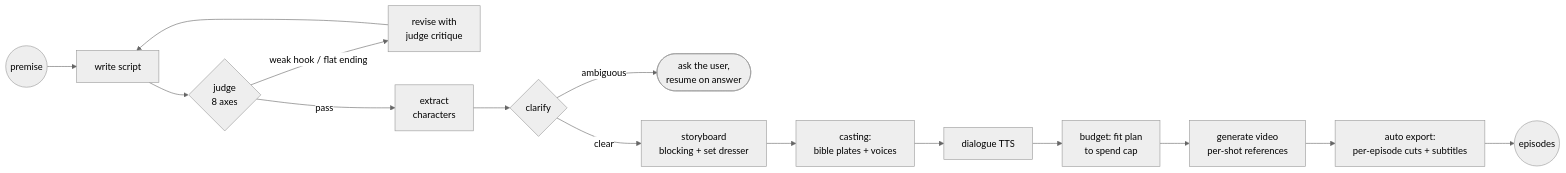
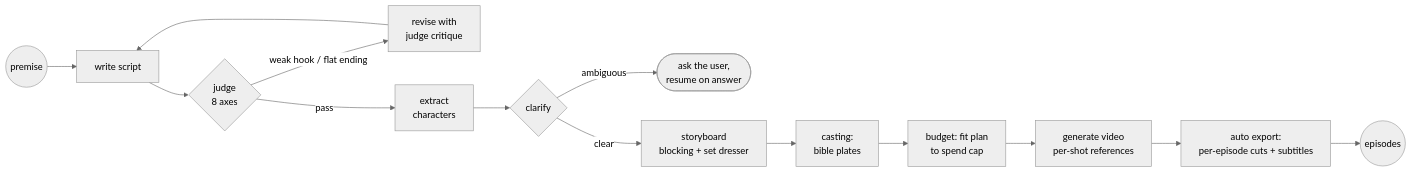
One commit to RextonRZ/Rexgent changed the first of 3 diagrams in README.md. Above: the diagram before and after it, drawn with Mermaid (neutral theme). The commit also changed other lines of this file, not shown here.

First line of the commit message:
docs: update README to current architecture

````diff
--- a/README.md
+++ b/README.md
@@ -33,17 +33,16 @@
 ```mermaid
 flowchart LR
     START((premise)) --> W[write script]
     W --> J{judge<br/>8 axes}
     J -- "weak hook / flat ending" --> R[revise with<br/>judge critique]
     R --> W
     J -- pass --> X[extract<br/>characters]
     X --> C{clarify}
     C -- "ambiguous" --> PAUSE([ask the user,<br/>resume on answer])
     C -- clear --> SB[storyboard<br/>blocking + set dresser]
-    SB --> CAST[casting:<br/>bible plates + voices]
-    CAST --> AUD[dialogue TTS]
-    AUD --> B[budget: fit plan<br/>to spend cap]
+    SB --> CAST[casting:<br/>bible plates]
+    CAST --> B[budget: fit plan<br/>to spend cap]
     B --> V[generate video<br/>per-shot references]
     V --> E[auto export:<br/>per-episode cuts + subtitles]
     E --> DONE((episodes))
 ```
````
